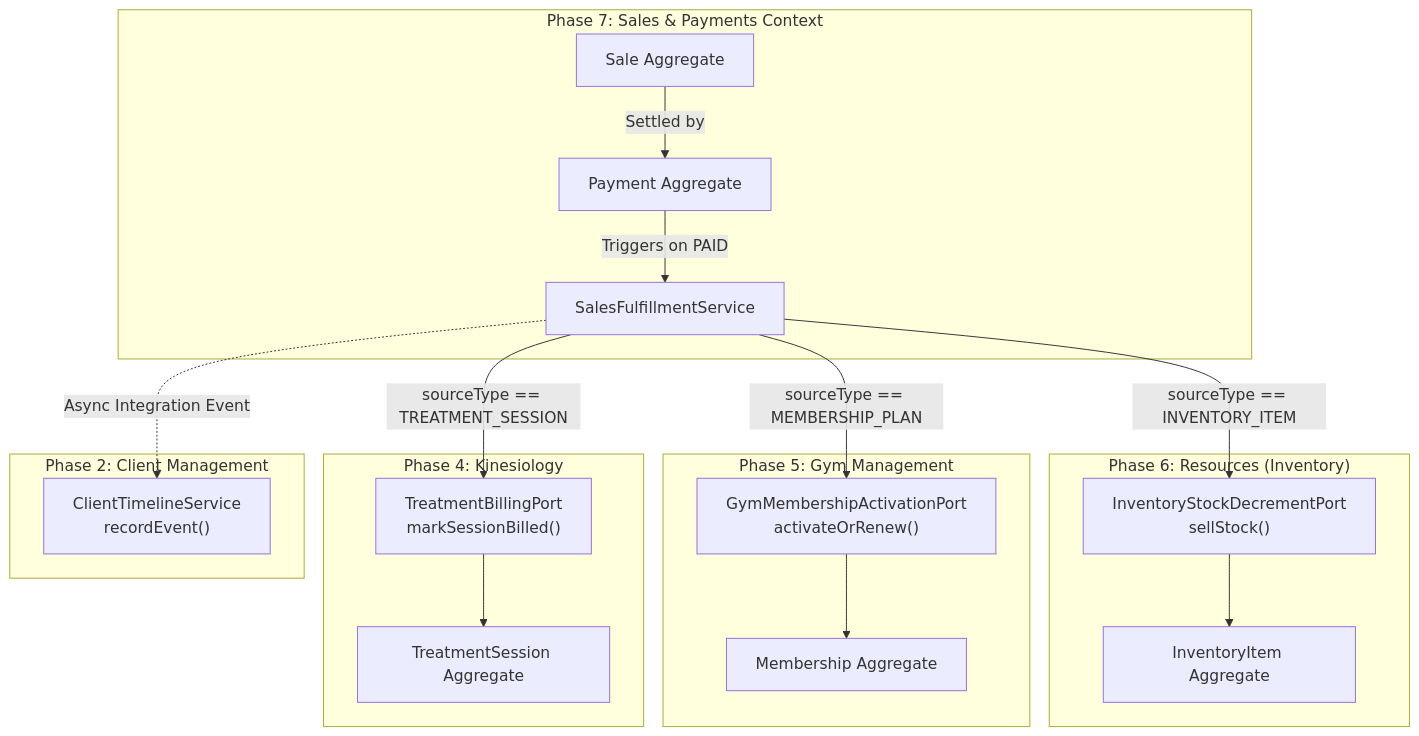
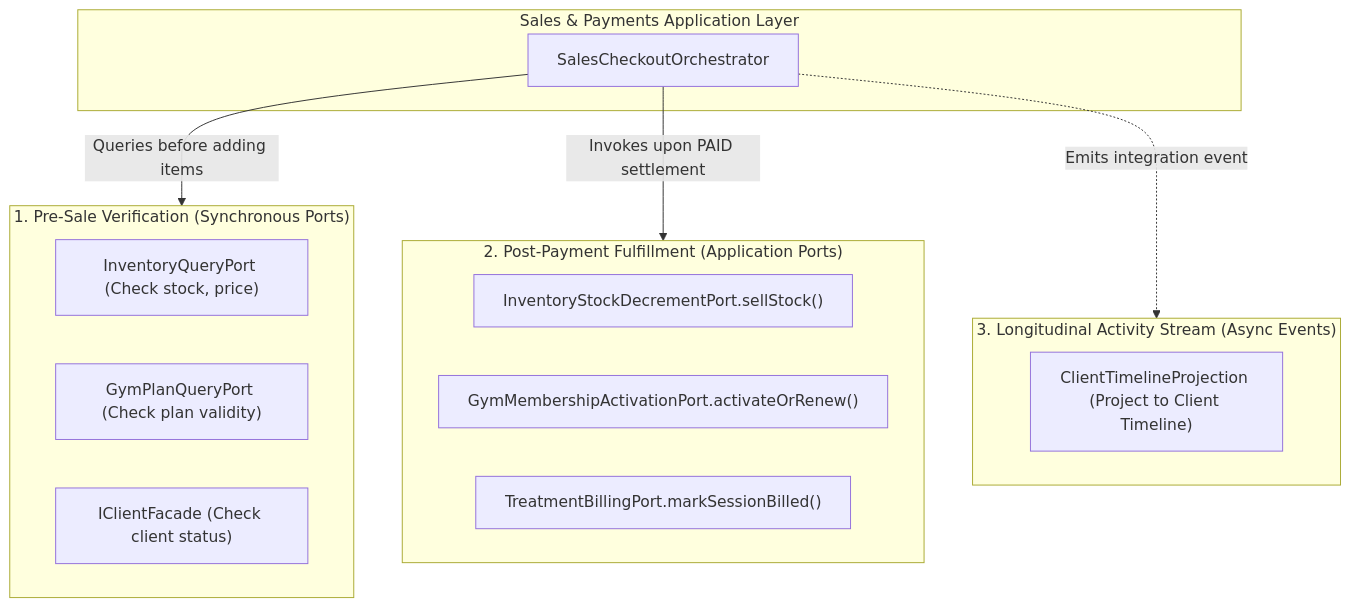
The fifth of 7 diagrams in docs/architecture/sales-payments.md (izzydin/kinergy-platform), drawn with Mermaid before and after one commit. The commit also changed other lines of this file and 1 other file, not shown here.

Commit message:
docs(sales): define cross-domain boundaries and ownership contracts

````diff
--- a/docs/architecture/sales-payments.md
+++ b/docs/architecture/sales-payments.md
@@ -420,37 +423,26 @@
 ```mermaid
 flowchart TD
-    subgraph SalesContext["Phase 7: Sales & Payments Context"]
-        Sale["Sale Aggregate"]
-        Payment["Payment Aggregate"]
-        FulfillmentSvc["SalesFulfillmentService"]
+    subgraph SalesApp["Sales & Payments Application Layer"]
+        Orchestrator["SalesCheckoutOrchestrator"]
     end
 
-    subgraph InventoryContext["Phase 6: Resources (Inventory)"]
-        StockPort["InventoryStockDecrementPort<br/>sellStock()"]
-        Item["InventoryItem Aggregate"]
+    subgraph SynchronousQuery["1. Pre-Sale Verification (Synchronous Ports)"]
+        InvPort["InventoryQueryPort (Check stock, price)"]
+        PlanPort["GymPlanQueryPort (Check plan validity)"]
+        ClientPort["IClientFacade (Check client status)"]
     end
 
-    subgraph GymContext["Phase 5: Gym Management"]
-        GymService["GymMembershipActivationPort<br/>activateOrRenew()"]
-        Membership["Membership Aggregate"]
+    subgraph CapabilityPorts["2. Post-Payment Fulfillment (Application Ports)"]
+        StockDecrPort["InventoryStockDecrementPort.sellStock()"]
+        GymActPort["GymMembershipActivationPort.activateOrRenew()"]
+        TreatBillPort["TreatmentBillingPort.markSessionBilled()"]
     end
 
-    subgraph ClinicalContext["Phase 4: Kinesiology"]
-        TreatmentPort["TreatmentBillingPort<br/>markSessionBilled()"]
-        Session["TreatmentSession Aggregate"]
+    subgraph AsyncEvents["3. Longitudinal Activity Stream (Async Events)"]
+        TimelineEntry["ClientTimelineProjection (Project to Client Timeline)"]
     end
 
-    subgraph ClientContext["Phase 2: Client Management"]
-        TimelinePort["ClientTimelineService<br/>recordEvent()"]
-    end
-
-    Sale -->|Settled by| Payment
-    Payment -->|Triggers on PAID| FulfillmentSvc
-    FulfillmentSvc -->|sourceType == INVENTORY_ITEM| StockPort
-    FulfillmentSvc -->|sourceType == MEMBERSHIP_PLAN| GymService
-    FulfillmentSvc -->|sourceType == TREATMENT_SESSION| TreatmentPort
-    FulfillmentSvc -.->|Async Integration Event| TimelinePort
-    StockPort --> Item
-    GymService --> Membership
-    TreatmentPort --> Session
+    Orchestrator -->|Queries before adding items| SynchronousQuery
+    Orchestrator -->|Invokes upon PAID settlement| CapabilityPorts
+    Orchestrator -.->|Emits integration event| AsyncEvents
 ```
````
